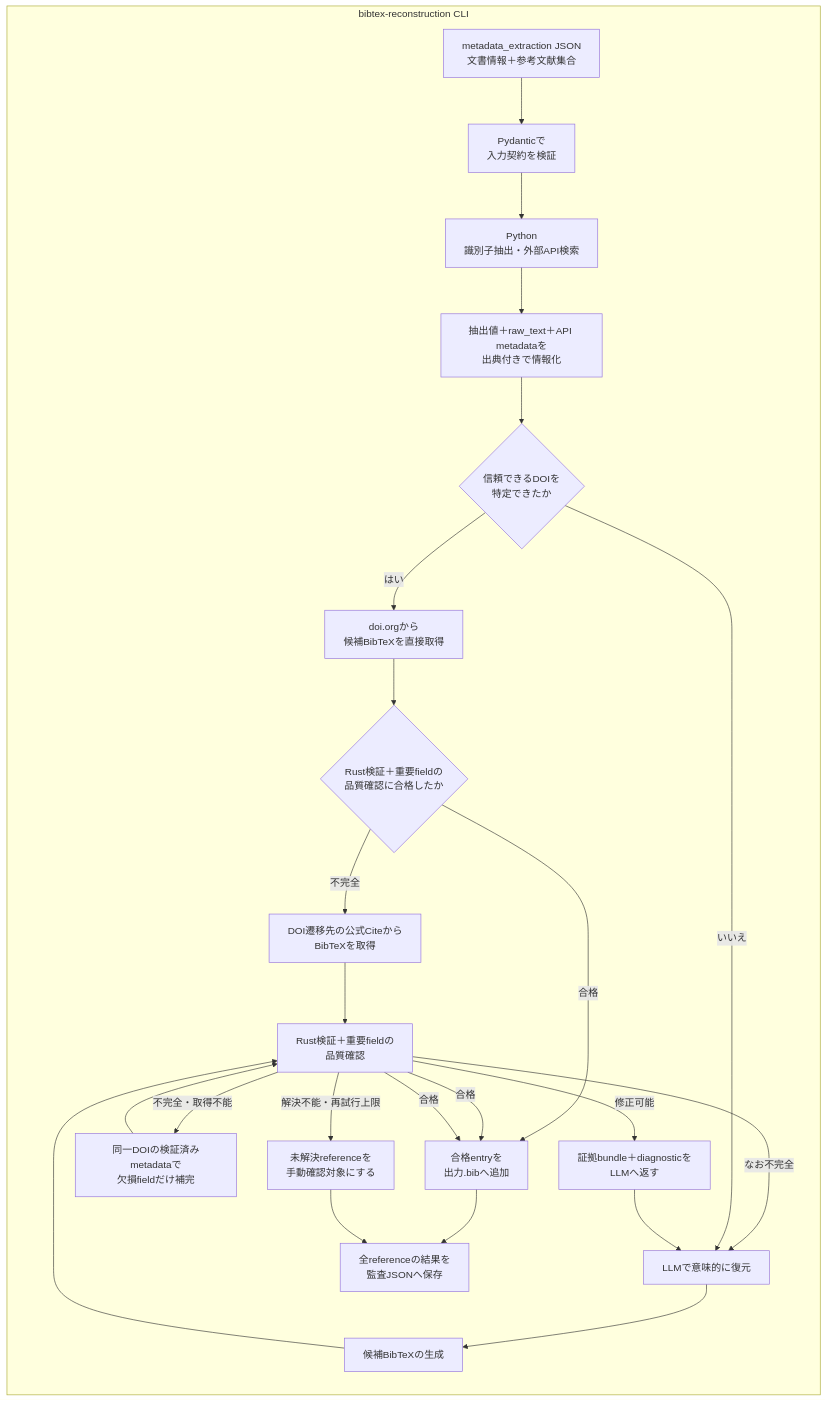
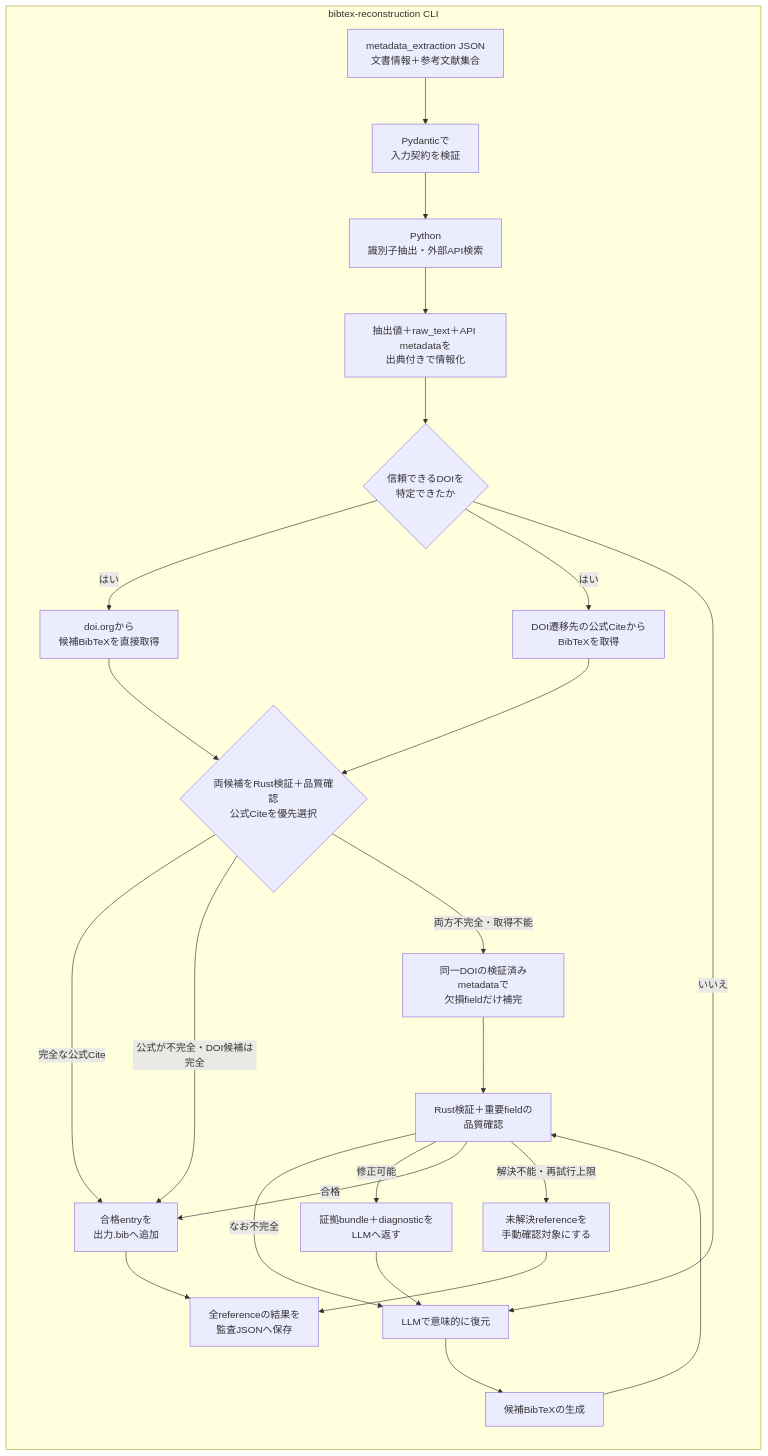
One commit to EhimeNLP/bibmgr changed the diagram in pipeline/bibtex_reconstruction/README.md. Above: the diagram before and after it, drawn with Mermaid. The commit also changed other lines of this file and 2 other files, not shown here.

Commit message:
refactor: prefer official DOI citations

````diff
--- a/pipeline/bibtex_reconstruction/README.md
+++ b/pipeline/bibtex_reconstruction/README.md
@@ -10,44 +10,44 @@
 ```mermaid
 flowchart LR
     subgraph INIT["bibtex-reconstruction CLI"]
         INPUT["metadata_extraction JSON<br/>文書情報＋参考文献集合"]
         CONTRACT["Pydanticで<br/>入力契約を検証"]
         PYSEARCH["Python<br/>識別子抽出・外部API検索"]
         EVIDENCE["抽出値＋raw_text＋API metadataを<br/>出典付きで情報化"]
         DOI{"信頼できるDOIを<br/>特定できたか"}
         DOIFETCH["doi.orgから<br/>候補BibTeXを直接取得"]
-        QUALITY{"Rust検証＋重要fieldの<br/>品質確認に合格したか"}
         OFFICIAL["DOI遷移先の公式Citeから<br/>BibTeXを取得"]
+        SELECT{"両候補をRust検証＋品質確認<br/>公式Citeを優先選択"}
         ENRICH["同一DOIの検証済みmetadataで<br/>欠損fieldだけ補完"]
         LLM["LLMで意味的に復元"]
         CANDIDATE["候補BibTeXの生成"]
         RUSTCHECK["Rust検証＋重要fieldの<br/>品質確認"]
         FEEDBACK["証拠bundle＋diagnosticを<br/>LLMへ返す"]
         OUTPUT["合格entryを<br/>出力.bibへ追加"]
         REVIEW["未解決referenceを<br/>手動確認対象にする"]
         REPORT["全referenceの結果を<br/>監査JSONへ保存"]
 
         INPUT --> CONTRACT
         CONTRACT --> PYSEARCH
         PYSEARCH --> EVIDENCE
         EVIDENCE --> DOI
         DOI -- はい --> DOIFETCH
-        DOIFETCH --> QUALITY
-        QUALITY -- 合格 --> OUTPUT
-        QUALITY -- 不完全 --> OFFICIAL
-        OFFICIAL --> RUSTCHECK
-        RUSTCHECK -- 合格 --> OUTPUT
-        RUSTCHECK -- 不完全・取得不能 --> ENRICH
+        DOI -- はい --> OFFICIAL
+        DOIFETCH --> SELECT
+        OFFICIAL --> SELECT
+        SELECT -- 完全な公式Cite --> OUTPUT
+        SELECT -- 公式が不完全・DOI候補は完全 --> OUTPUT
+        SELECT -- 両方不完全・取得不能 --> ENRICH
         ENRICH --> RUSTCHECK
         RUSTCHECK -- なお不完全 --> LLM
         DOI -- いいえ --> LLM
         LLM --> CANDIDATE
         CANDIDATE --> RUSTCHECK
         RUSTCHECK -- 修正可能 --> FEEDBACK
         FEEDBACK --> LLM
         RUSTCHECK -- 合格 --> OUTPUT
         RUSTCHECK -- 解決不能・再試行上限 --> REVIEW
         OUTPUT --> REPORT
         REVIEW --> REPORT
     end
 ```
````
